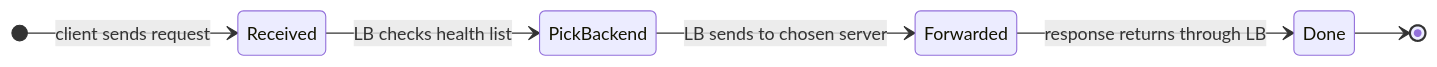
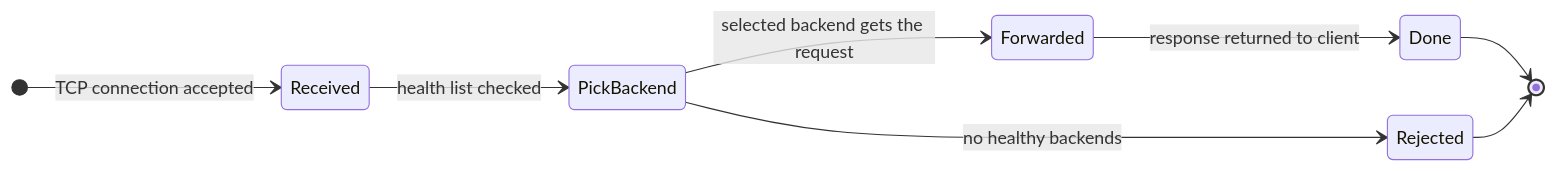
Before and after one commit to shiningflash/system-design: the first of 10 diagrams in problems/016-load-balancer/question.md, drawn with Mermaid. The commit also changed other lines of this file and 37 other files, not shown here.

````diff
--- a/problems/016-load-balancer/question.md
+++ b/problems/016-load-balancer/question.md
@@ -33,9 +32,11 @@
 ```mermaid
 stateDiagram-v2
     direction LR
-    [*] --> Received: client sends request
-    Received --> PickBackend: LB checks health list
-    PickBackend --> Forwarded: LB sends to chosen server
-    Forwarded --> Done: response returns through LB
+    [*] --> Received: TCP connection accepted
+    Received --> PickBackend: health list checked
+    PickBackend --> Forwarded: selected backend gets the request
+    Forwarded --> Done: response returned to client
     Done --> [*]
+    PickBackend --> Rejected: no healthy backends
+    Rejected --> [*]
 ```
````
